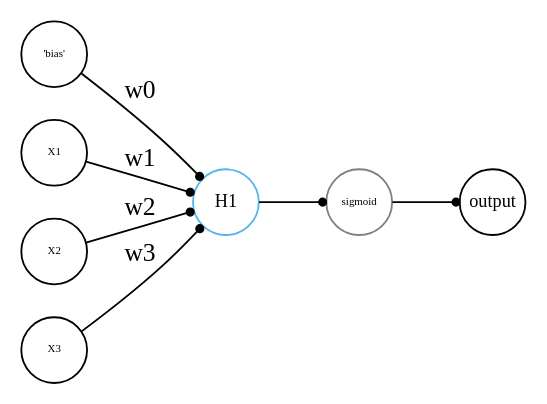
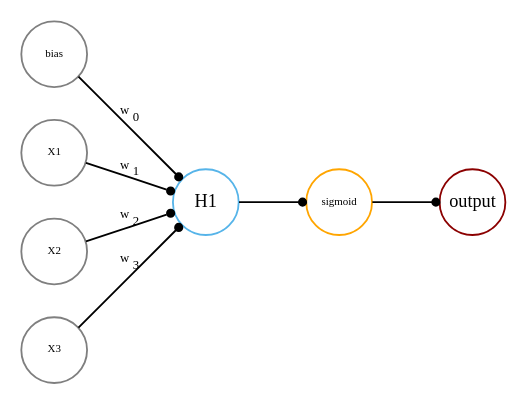
One commit to m-clark/book-of-models changed the second of 2 diagrams in ml_common_models.qmd. Above: the diagram before and after it, drawn with Graphviz. The commit also changed other lines of this file, not shown here.

````diff
--- a/ml_common_models.qmd
+++ b/ml_common_models.qmd
@@ -631,25 +638,26 @@
 ```{dot}
 //| echo: false
+//| eval: false
 //| fig-cap: A logistic regression as a neural network
 //| label: logistic-nn-graph
 
 digraph neural_network {
   rankdir=LR;
-  node [shape=circle];
-  input_bias[label="'bias'" fixedsize=True fontsize =6 width=.5]
+  node [shape=circle color=gray50];
+  input_bias[label="bias" fixedsize=True fontsize =6 width=.5];
   X1 [label="X1" fixedsize=True fontsize =6 width=.5];
   X2 [label="X2" fixedsize=True fontsize =6 width=.5];
   X3 [label="X3" fixedsize=True fontsize =6 width=.5];
-
-
-  input_bias -> hidden [label="w0" arrowhead="dot" arrowsize=0.5 minlen=.10];
-  X1 -> hidden [label="w1" arrowhead="dot" arrowsize=0.5 minlen=1];
-  X2 -> hidden [label="w2" arrowhead="dot" arrowsize=0.5 minlen=1];
-  X3 -> hidden [label="w3" arrowhead="dot" arrowsize=0.5 minlen=1];
+  
+  
+  input_bias -> hidden [label=<w<sub>0</sub>> arrowhead="dot" arrowsize=0.5 minlen=.10 fontsize=7];
+  X1 -> hidden [label=<w<sub>1</sub>> arrowhead="dot" arrowsize=0.5 minlen=1 fontsize=7];
+  X2 -> hidden [label=<w<sub>2</sub>> arrowhead="dot" arrowsize=0.5 minlen=1 fontsize=7];
+  X3 -> hidden [label=<w<sub>3</sub>> arrowhead="dot" arrowsize=0.5 minlen=1 fontsize=7];
   hidden [label="H1" fixedsize=True fontsize =10 width=.5 color = "#56B4E9"];
-  activation [label="sigmoid" fixedsize=True fontsize =6 width=.5 color = gray50];
+  activation [label="sigmoid" fixedsize=True fontsize =6 width=.5 color = "orange"];
   hidden -> activation [arrowhead="dot" arrowsize=0.5 minlen=1];
   activation -> output [label="" arrowhead="dot" arrowsize=0.5 minlen=1];
-  output [label="output" fixedsize=True fontsize =10 width=.5];
+  output [label="output" fixedsize=True fontsize =10 width=.5 color=darkred];
 }
 ```
````
